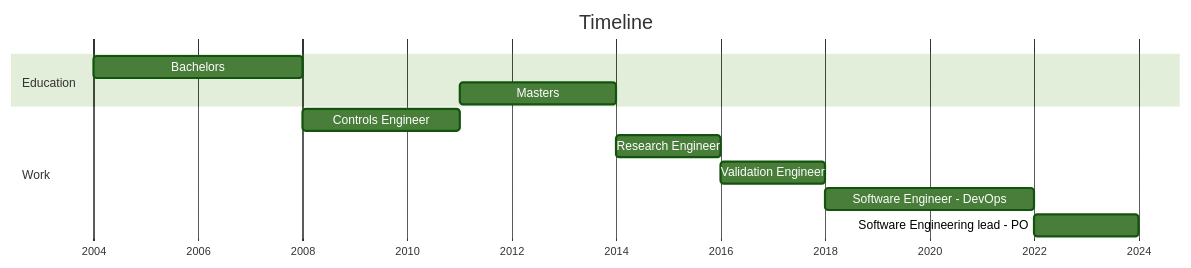
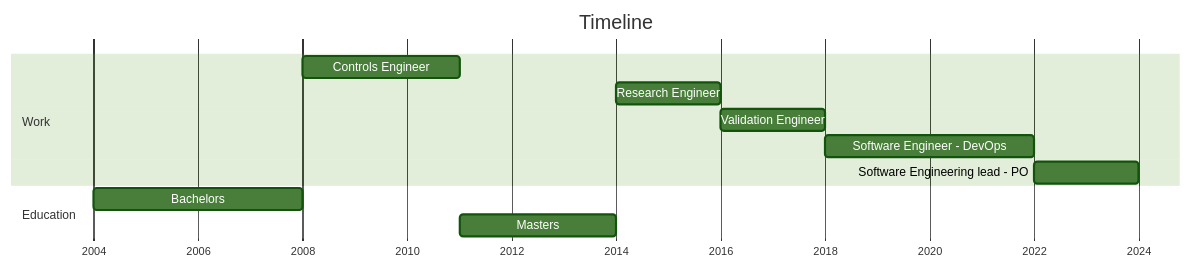
One commit to kar-ven/kar-ven.github.io changed the diagram in README.md. Above: the diagram before and after it, drawn with Mermaid (forest theme).

Commit message:
update cv

```diff
--- a/README.md
+++ b/README.md
@@ -3,16 +3,15 @@
 <pre class="mermaid">
 gantt
     title Timeline
     dateFormat YYYY
     axisFormat %Y
-    Section Education
-    Bachelors                          :2004, 2008
-    Masters                            :2011, 2014
     section Work
     Controls Engineer                  :2008, 2011
     Research Engineer                  :2014, 2016
     Validation Engineer                :2016, 2018
     Software Engineer - DevOps         :2018, 2022
     Software Engineering lead - PO     :2022, 2024
-
+    Section Education
+    Bachelors                          :2004, 2008
+    Masters                            :2011, 2014
 </pre>
```
